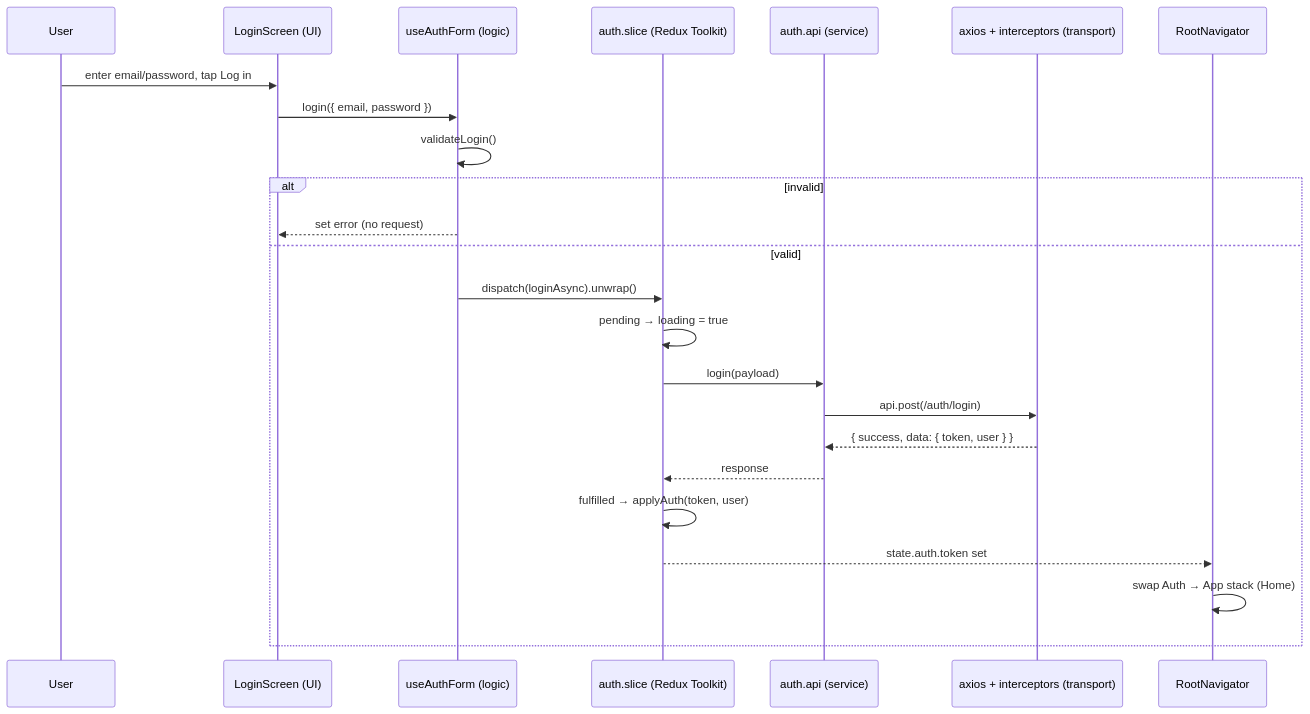
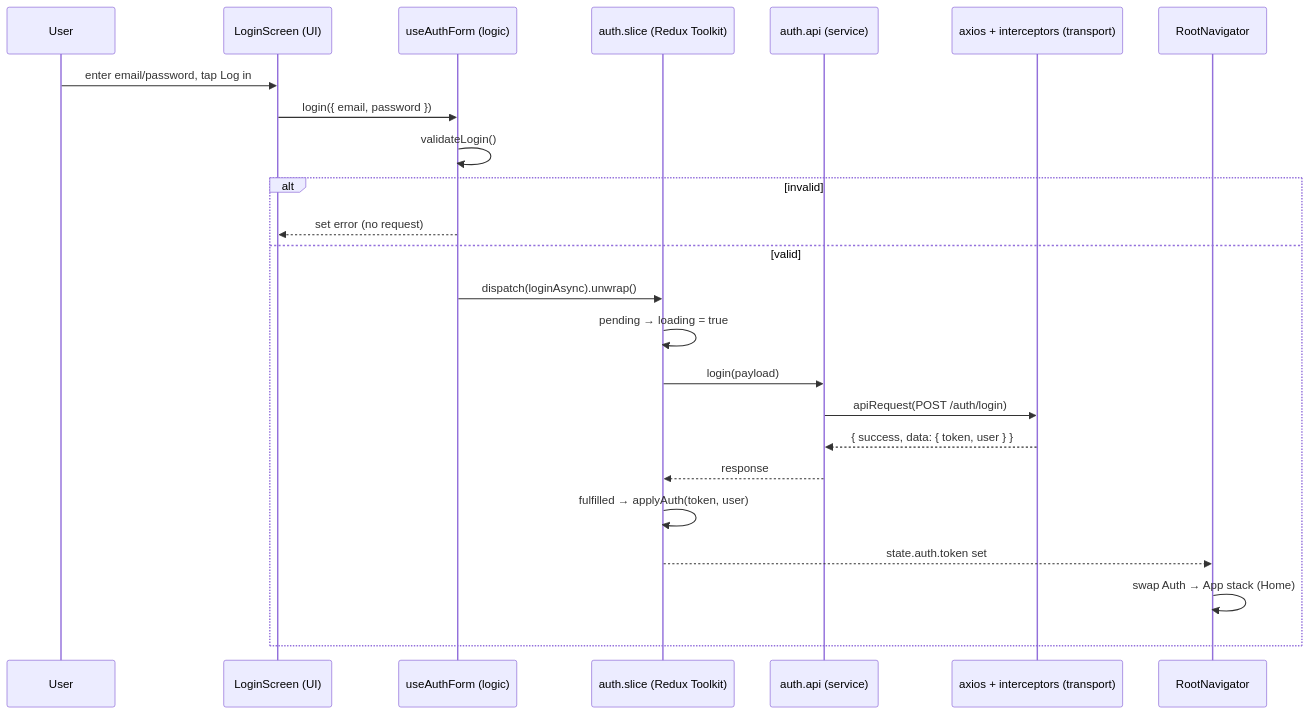
Before and after one commit to sPRajapati/CKPC-React-Native-Architecture: the diagram in docs/ARCHITECTURE.md, drawn with Mermaid. The commit also changed other lines of this file and 54 other files, not shown here.

Commit message:
refactor: improve app architecture structure

````diff
--- a/docs/ARCHITECTURE.md
+++ b/docs/ARCHITECTURE.md
@@ -142,27 +161,27 @@
 ```mermaid
 sequenceDiagram
     participant U as User
     participant S as LoginScreen (UI)
     participant H as useAuthForm (logic)
     participant R as auth.slice (Redux Toolkit)
     participant A as auth.api (service)
     participant X as axios + interceptors (transport)
     participant N as RootNavigator
 
     U->>S: enter email/password, tap Log in
     S->>H: login({ email, password })
     H->>H: validateLogin()
     alt invalid
         H-->>S: set error (no request)
     else valid
         H->>R: dispatch(loginAsync).unwrap()
         R->>R: pending → loading = true
         R->>A: login(payload)
-        A->>X: api.post(/auth/login)
+        A->>X: apiRequest(POST /auth/login)
         X-->>A: { success, data: { token, user } }
         A-->>R: response
         R->>R: fulfilled → applyAuth(token, user)
         R-->>N: state.auth.token set
         N->>N: swap Auth → App stack (Home)
     end
 ```
````
